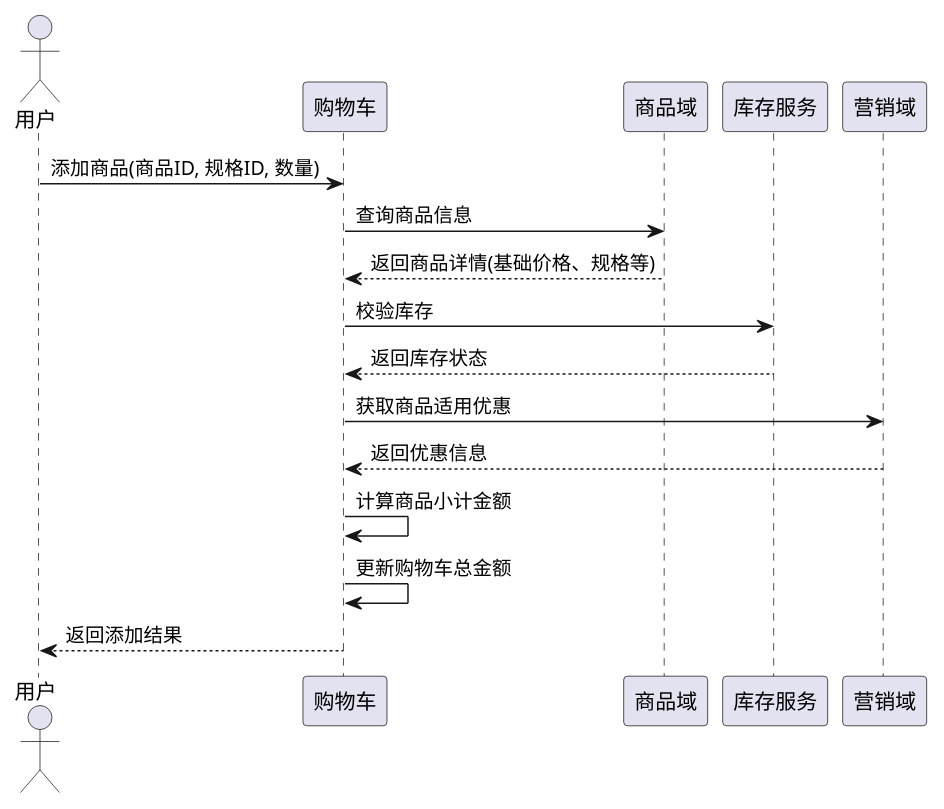
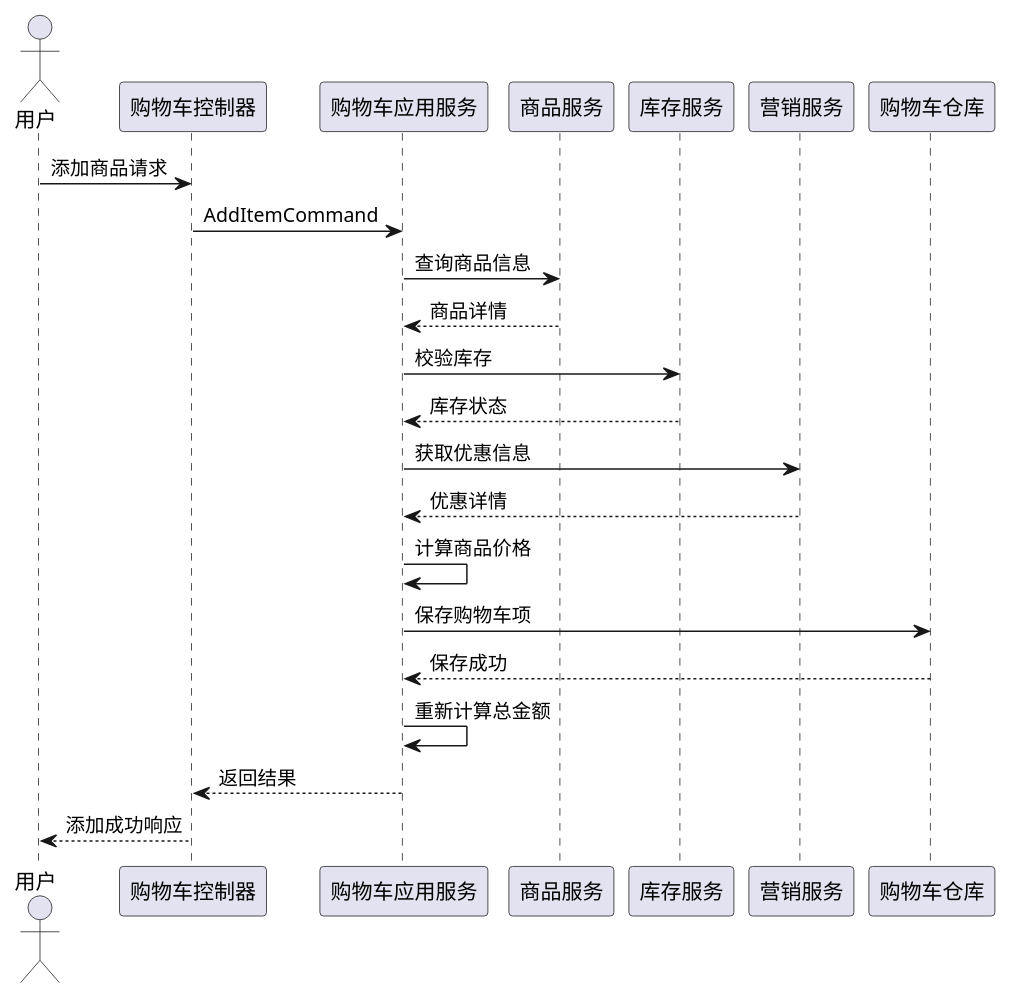
One commit to red-jasmine/framework changed the seventh of 8 diagrams in docs/shopping/cart_technical_design.md. Above: the diagram before and after it, drawn with PlantUML. The commit also changed other lines of this file, not shown here.

````diff
--- a/docs/shopping/cart_technical_design.md
+++ b/docs/shopping/cart_technical_design.md
@@ -66,20 +225,26 @@
 ```plantuml
 @startuml
 actor 用户
-participant 购物车
-participant 商品域
+participant 购物车控制器
+participant 购物车应用服务
+participant 商品服务
 participant 库存服务
-participant 营销域
+participant 营销服务
+participant 购物车仓库
 
-用户 -> 购物车: 添加商品(商品ID, 规格ID, 数量)
-购物车 -> 商品域: 查询商品信息
-商品域 --> 购物车: 返回商品详情(基础价格、规格等)
-购物车 -> 库存服务: 校验库存
-库存服务 --> 购物车: 返回库存状态
-购物车 -> 营销域: 获取商品适用优惠
-营销域 --> 购物车: 返回优惠信息
-购物车 -> 购物车: 计算商品小计金额
-购物车 -> 购物车: 更新购物车总金额
-购物车 --> 用户: 返回添加结果
+用户 -> 购物车控制器: 添加商品请求
+购物车控制器 -> 购物车应用服务: AddItemCommand
+购物车应用服务 -> 商品服务: 查询商品信息
+商品服务 --> 购物车应用服务: 商品详情
+购物车应用服务 -> 库存服务: 校验库存
+库存服务 --> 购物车应用服务: 库存状态
+购物车应用服务 -> 营销服务: 获取优惠信息
+营销服务 --> 购物车应用服务: 优惠详情
+购物车应用服务 -> 购物车应用服务: 计算商品价格
+购物车应用服务 -> 购物车仓库: 保存购物车项
+购物车仓库 --> 购物车应用服务: 保存成功
+购物车应用服务 -> 购物车应用服务: 重新计算总金额
+购物车应用服务 --> 购物车控制器: 返回结果
+购物车控制器 --> 用户: 添加成功响应
 @enduml
 ```
````
